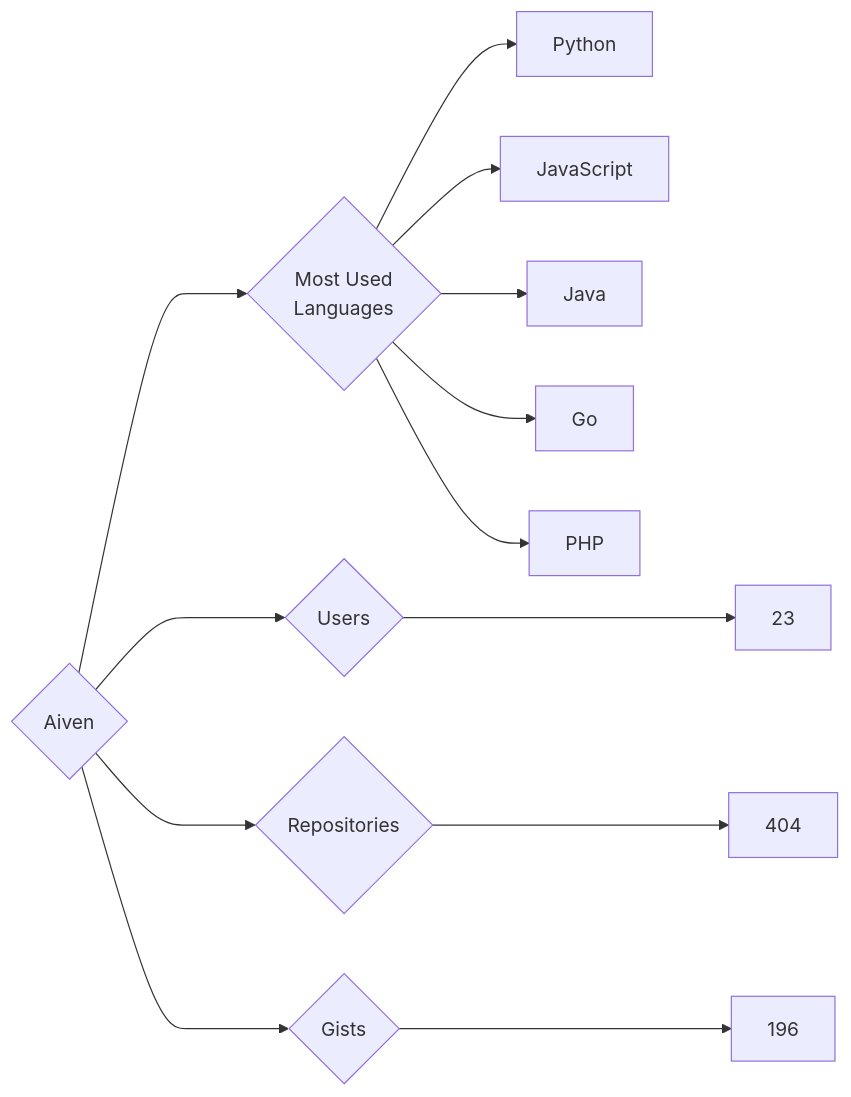
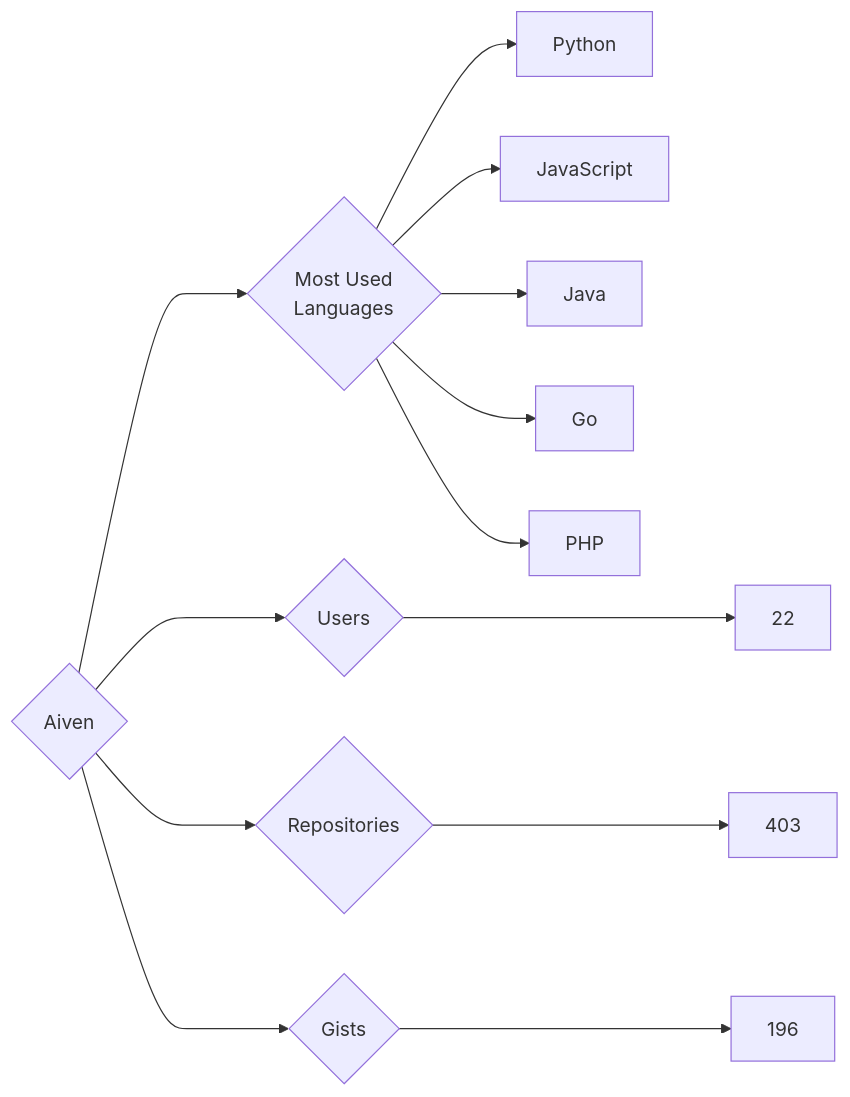
One commit to trickest/insiders changed the diagram in targets/Aiven/README.md. Above: the diagram before and after it, drawn with Mermaid. The commit also changed 622 other files, not shown here.

````diff
--- a/targets/Aiven/README.md
+++ b/targets/Aiven/README.md
@@ -3,13 +3,13 @@
 ```mermaid
 graph LR
 COMPANY_NAME{Aiven}
-COMPANY_NAME ---> U{Users} ---> UN[23]
-COMPANY_NAME ---> R{Repositories} ---> RN[404]
+COMPANY_NAME ---> U{Users} ---> UN[22]
+COMPANY_NAME ---> R{Repositories} ---> RN[403]
 COMPANY_NAME ---> G{Gists} ---> GN[196]
 COMPANY_NAME ---> ML{Most Used<br>Languages}
 ML --> Python[Python]
 ML --> JavaScript[JavaScript]
 ML --> Java[Java]
 ML --> Go[Go]
 ML --> PHP[PHP]
 ```
````
